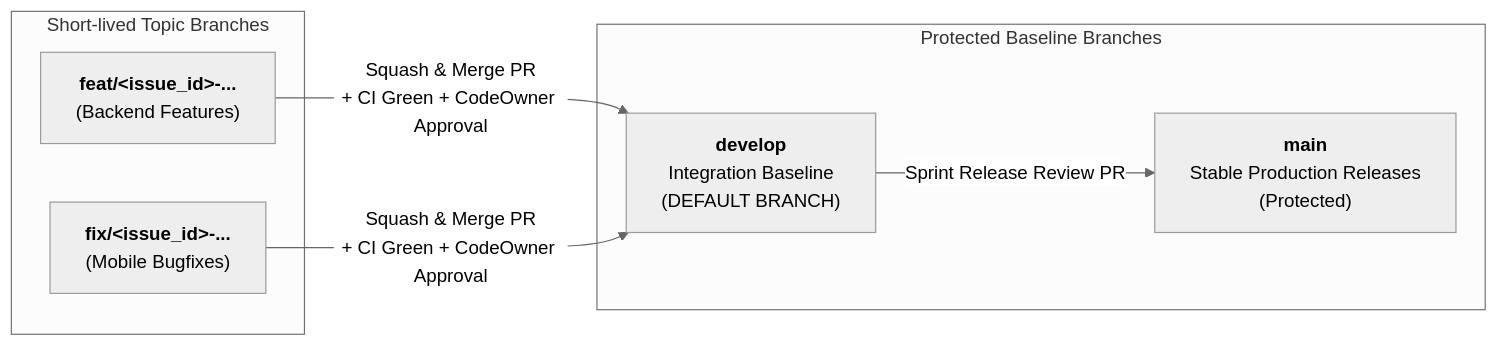
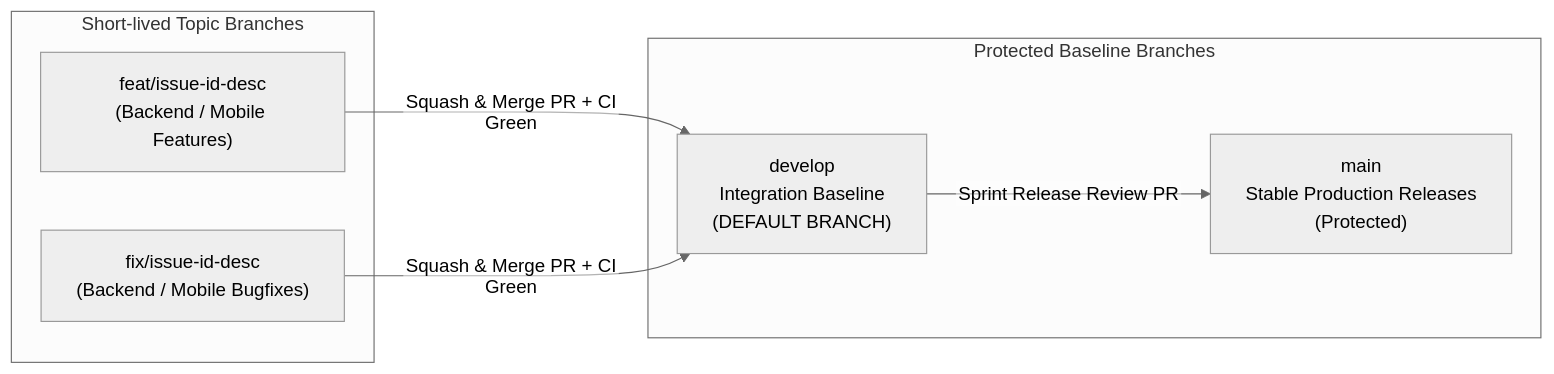
Before and after one commit to Varian08/smart-local-planner: the third of 3 diagrams in README.md, drawn with Mermaid (neutral theme). The commit also changed other lines of this file and 4 other files, not shown here.

Commit message:
docs(mermaid): disable htmlLabels and remove HTML bold tags to prevent SVG foreignObject text clipping

````diff
--- a/README.md
+++ b/README.md
@@ -238,16 +240,17 @@
 ```mermaid
+%%{init: {'flowchart': {'htmlLabels': false}}}%%
 flowchart LR
     subgraph ProtectedBases ["Protected Baseline Branches"]
-        Main["<b>main</b><br/>Stable Production Releases<br/>(Protected)"]
-        Develop["<b>develop</b><br/>Integration Baseline<br/>(DEFAULT BRANCH)"]
+        Main["main<br/>Stable Production Releases<br/>(Protected)"]
+        Develop["develop<br/>Integration Baseline<br/>(DEFAULT BRANCH)"]
     end
 
     subgraph FeatureBranches ["Short-lived Topic Branches"]
-        FeatBranch["<b>feat/&lt;issue_id&gt;-...</b><br/>(Backend Features)"]
-        FixBranch["<b>fix/&lt;issue_id&gt;-...</b><br/>(Mobile Bugfixes)"]
+        FeatBranch["feat/issue-id-desc<br/>(Backend / Mobile Features)"]
+        FixBranch["fix/issue-id-desc<br/>(Backend / Mobile Bugfixes)"]
     end
 
-    FeatBranch -->|"Squash & Merge PR<br/>+ CI Green + CodeOwner Approval"| Develop
-    FixBranch -->|"Squash & Merge PR<br/>+ CI Green + CodeOwner Approval"| Develop
+    FeatBranch -->|"Squash & Merge PR + CI Green"| Develop
+    FixBranch -->|"Squash & Merge PR + CI Green"| Develop
     Develop -->|"Sprint Release Review PR"| Main
 ```
````
